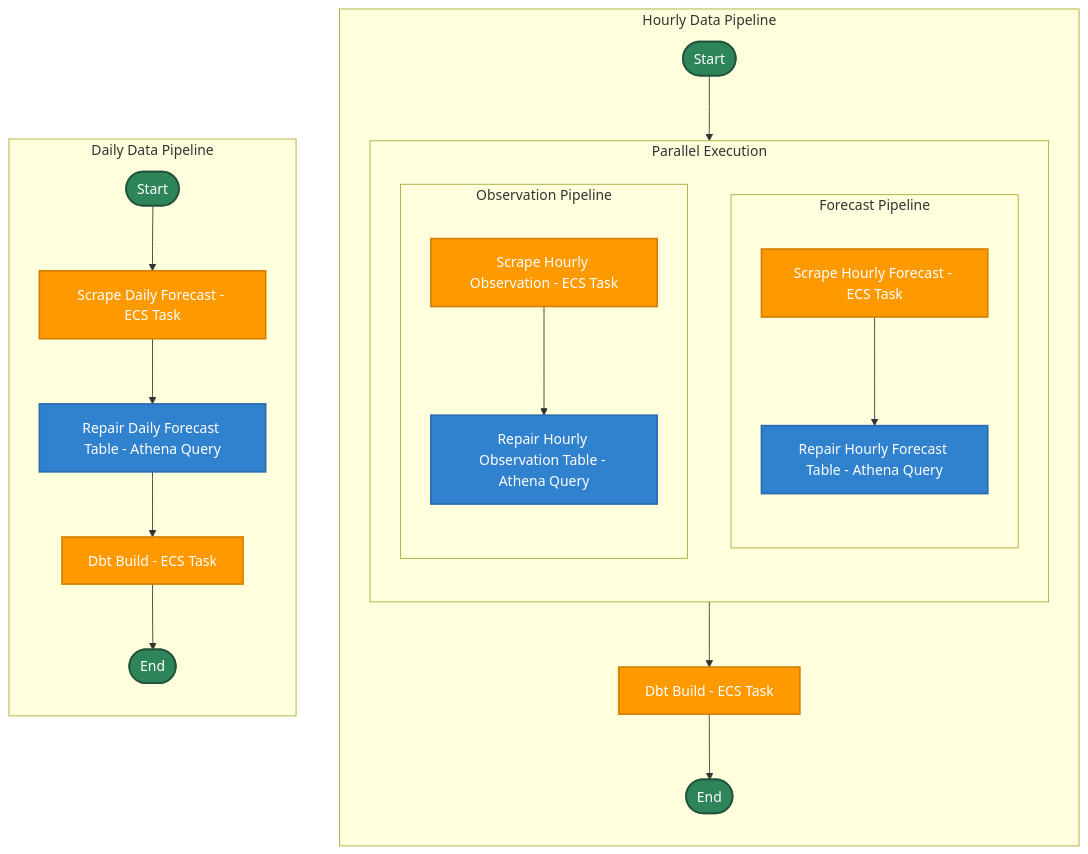
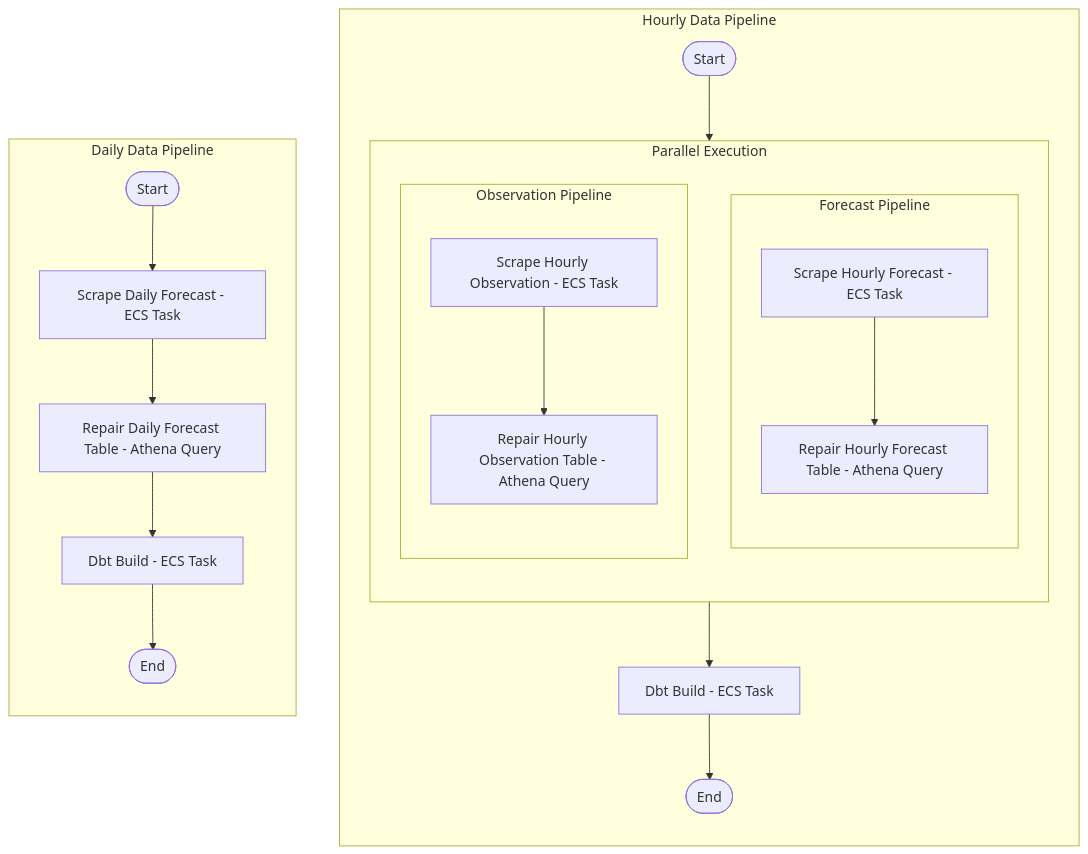
Before and after one commit to mcharrisjr/whas-weather-data-platform: the diagram in README.md, drawn with Mermaid.

Commit message:
docs: remove color from flowchart

````diff
--- a/README.md
+++ b/README.md
@@ -22,43 +22,35 @@
 ```mermaid
 flowchart TD
 
     subgraph Hourly_Pipeline [Hourly Data Pipeline]
         direction TB
         
         H_Start([Start]) --> H_Parallel
         
         subgraph H_Parallel [Parallel Execution]
             direction TB
 
             subgraph Forecast_Branch [Forecast Pipeline]
                 direction TB
                 ScrapeHourlyForecast[Scrape Hourly Forecast - ECS Task] --> RepairHourlyForecastTable[Repair Hourly Forecast Table - Athena Query]
             end
 
             subgraph Observation_Branch [Observation Pipeline]
                 direction TB
                 ScrapeHourlyObservation[Scrape Hourly Observation - ECS Task] --> RepairHourlyObservationTable[Repair Hourly Observation Table - Athena Query]
             end
         end
 
         H_Parallel --> H_DbtBuild[Dbt Build - ECS Task]
         H_DbtBuild --> H_End([End])
     end
 
     subgraph Daily_Pipeline [Daily Data Pipeline]
         direction TB
         
         D_Start([Start]) --> ScrapeDailyForecast[Scrape Daily Forecast - ECS Task]
         ScrapeDailyForecast --> RepairDailyForecastTable[Repair Daily Forecast Table - Athena Query]
         RepairDailyForecastTable --> D_DbtBuild[Dbt Build - ECS Task]
         D_DbtBuild --> D_End([End])
     end
-
-    classDef ecs fill:#FF9900,stroke:#D68100,stroke-width:2px,color:#FFF;
-    classDef athena fill:#3182CE,stroke:#2B6CB0,stroke-width:2px,color:#FFF;
-    classDef terminal fill:#2F855A,stroke:#22543D,stroke-width:2px,color:#FFF;
-
-    class H_Start,H_End,D_Start,D_End terminal;
-    class ScrapeHourlyForecast,ScrapeHourlyObservation,H_DbtBuild,ScrapeDailyForecast,D_DbtBuild ecs;
-    class RepairHourlyForecastTable,RepairHourlyObservationTable,RepairDailyForecastTable athena;
 ```
````
